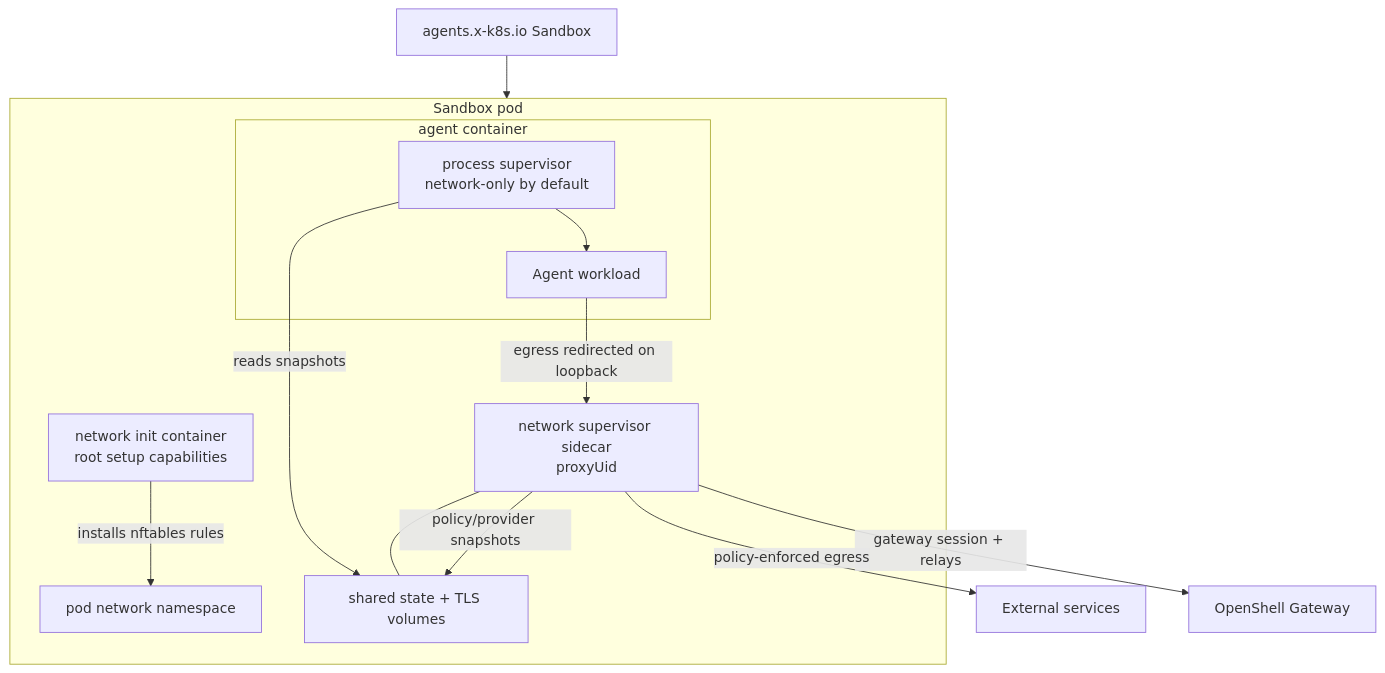
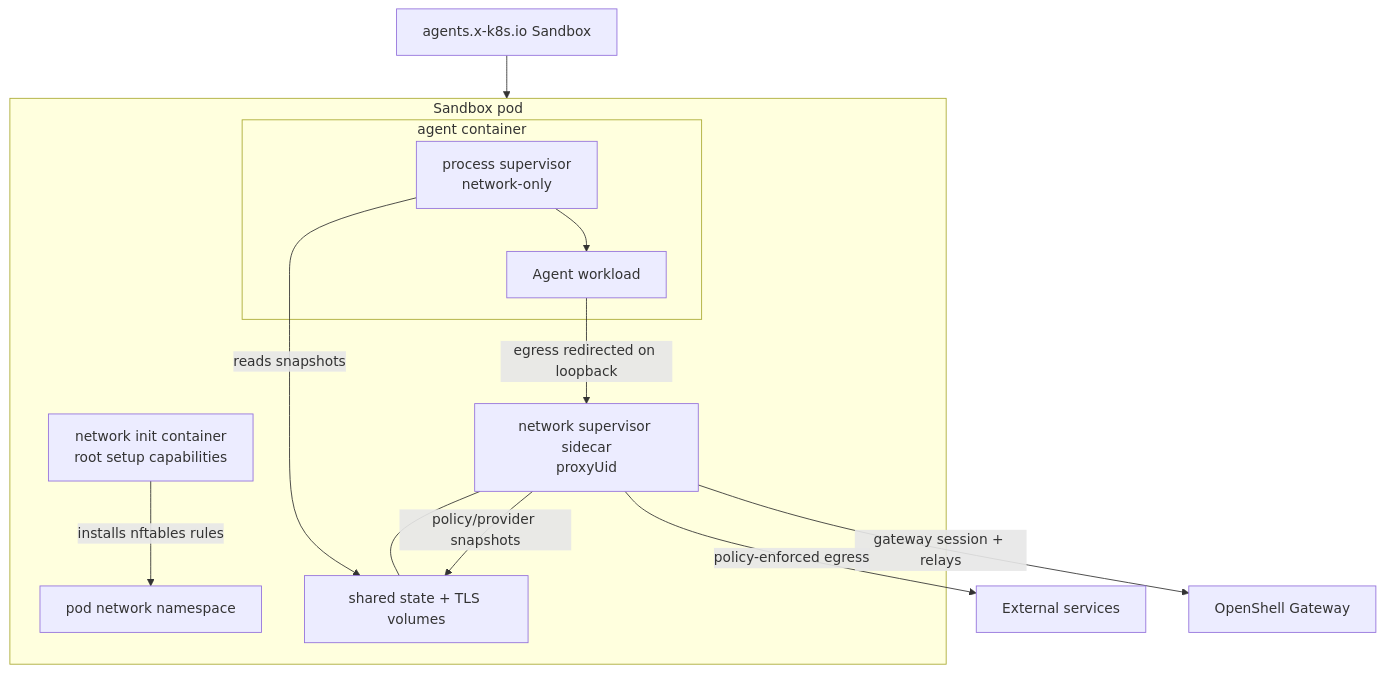
The second of 2 diagrams in docs/kubernetes/topology.mdx (NVIDIA/OpenShell), drawn with Mermaid before and after one commit. The commit also changed other lines of this file and 16 other files, not shown here.

````diff
--- a/docs/kubernetes/topology.mdx
+++ b/docs/kubernetes/topology.mdx
@@ -89,30 +88,30 @@
 ```mermaid
 flowchart TB
   Sandbox["agents.x-k8s.io Sandbox"]
 
   subgraph Pod["Sandbox pod"]
     Init["network init container<br/>root setup capabilities"]
     State["shared state + TLS volumes"]
     NetNS["pod network namespace"]
 
     subgraph Agent["agent container"]
-      ProcessSupervisor["process supervisor<br/>network-only by default"]
+      ProcessSupervisor["process supervisor<br/>network-only"]
       Workload["Agent workload"]
     end
 
     NetworkSidecar["network supervisor sidecar<br/>proxyUid"]
   end
 
   Gateway["OpenShell Gateway"]
   External["External services"]
 
   Sandbox --> Pod
   Init -->|"installs nftables rules"| NetNS
   ProcessSupervisor --> Workload
   Workload -->|"egress redirected on loopback"| NetworkSidecar
   NetworkSidecar -->|"gateway session + relays"| Gateway
   NetworkSidecar -->|"policy-enforced egress"| External
   NetworkSidecar -->|"policy/provider snapshots"| State
   ProcessSupervisor -->|"reads snapshots"| State
   NetworkSidecar --- State
 ```
````
